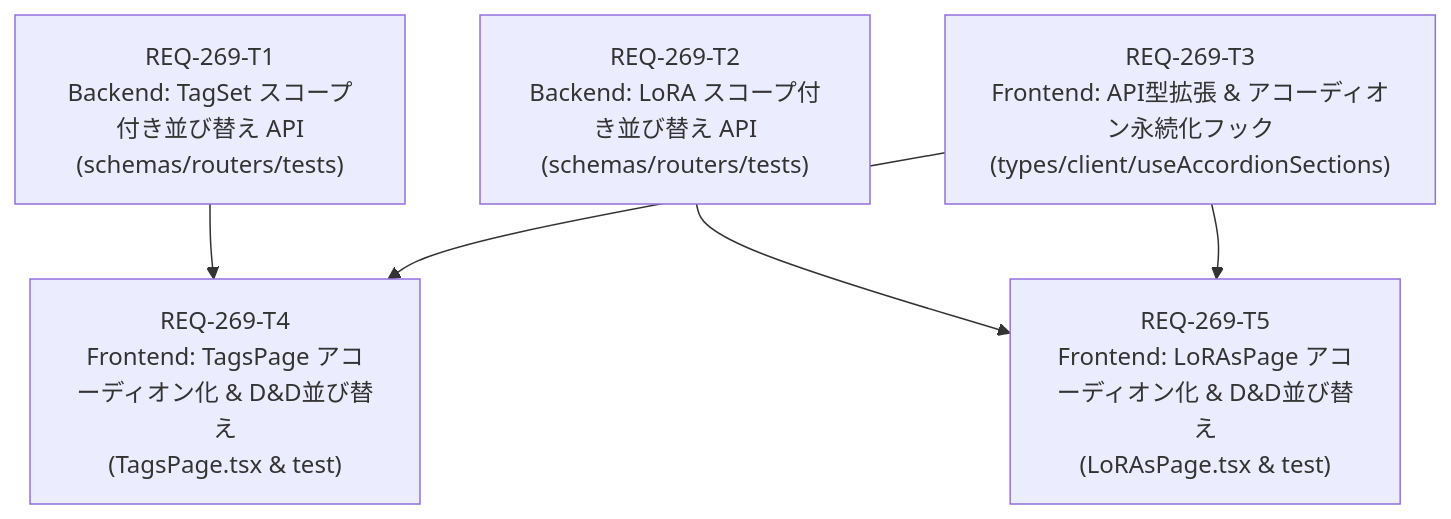
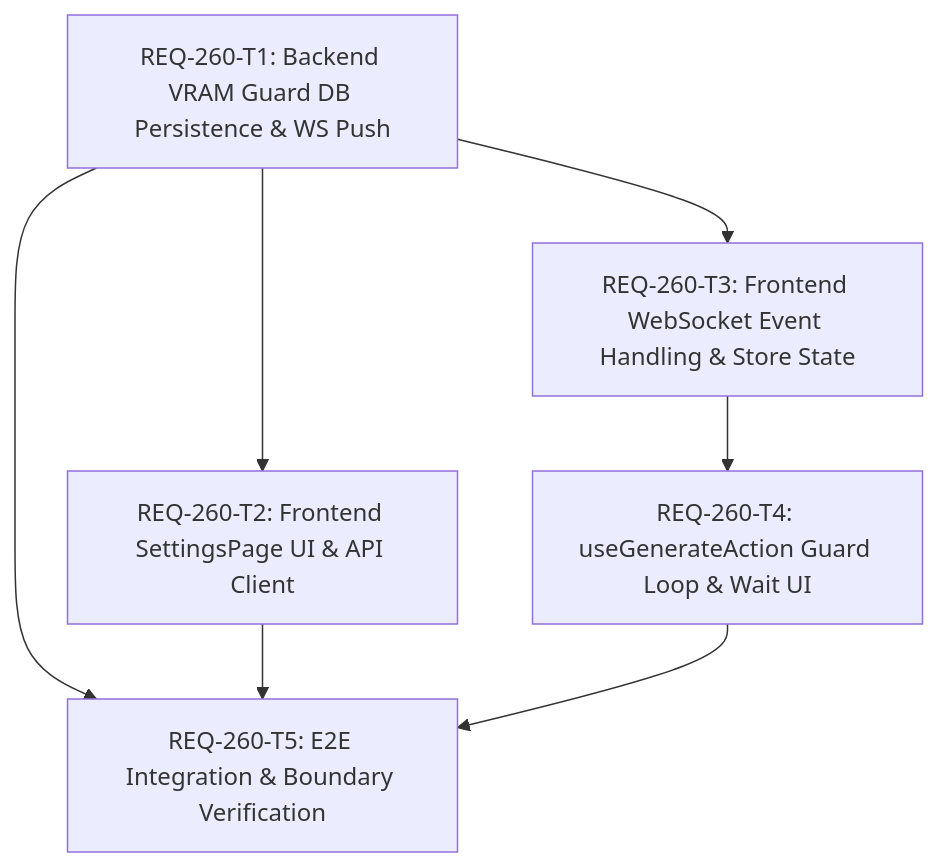
The diagram in implementation_plan.md (TAKE4548/comfy-create-helper2), drawn with Mermaid before and after one commit. The commit also changed other lines of this file and 26 other files, not shown here.

Commit message:
feat(REQ-260): complete implementation and verification

````diff
--- a/implementation_plan.md
+++ b/implementation_plan.md
@@ -26,13 +13,9 @@
 ```mermaid
 graph TD
-    T1["REQ-269-T1<br/>Backend: TagSet スコープ付き並び替え API<br/>(schemas/routers/tests)"]
-    T2["REQ-269-T2<br/>Backend: LoRA スコープ付き並び替え API<br/>(schemas/routers/tests)"]
-    T3["REQ-269-T3<br/>Frontend: API型拡張 & アコーディオン永続化フック<br/>(types/client/useAccordionSections)"]
-    T4["REQ-269-T4<br/>Frontend: TagsPage アコーディオン化 & D&D並び替え<br/>(TagsPage.tsx & test)"]
-    T5["REQ-269-T5<br/>Frontend: LoRAsPage アコーディオン化 & D&D並び替え<br/>(LoRAsPage.tsx & test)"]
-
-    T1 --> T4
-    T3 --> T4
-    T2 --> T5
-    T3 --> T5
+  REQ-260-T1["REQ-260-T1: Backend VRAM Guard DB Persistence & WS Push"] --> REQ-260-T2["REQ-260-T2: Frontend SettingsPage UI & API Client"]
+  REQ-260-T1 --> REQ-260-T3["REQ-260-T3: Frontend WebSocket Event Handling & Store State"]
+  REQ-260-T3 --> REQ-260-T4["REQ-260-T4: useGenerateAction Guard Loop & Wait UI"]
+  REQ-260-T1 --> REQ-260-T5["REQ-260-T5: E2E Integration & Boundary Verification"]
+  REQ-260-T2 --> REQ-260-T5
+  REQ-260-T4 --> REQ-260-T5
 ```
````
